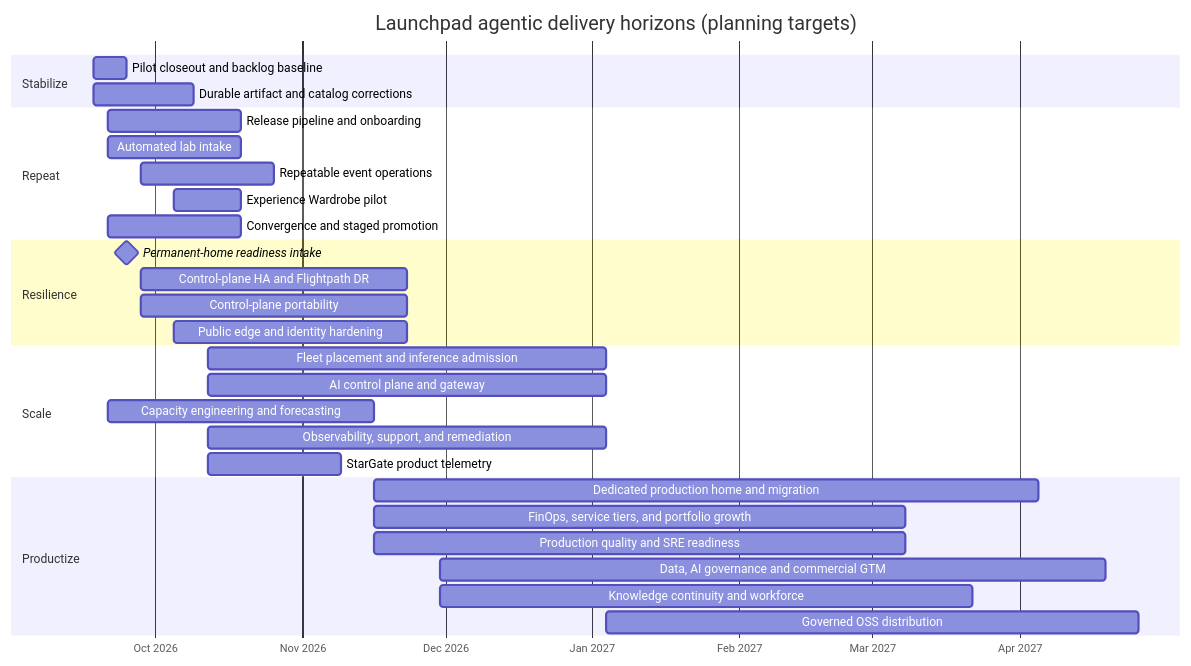
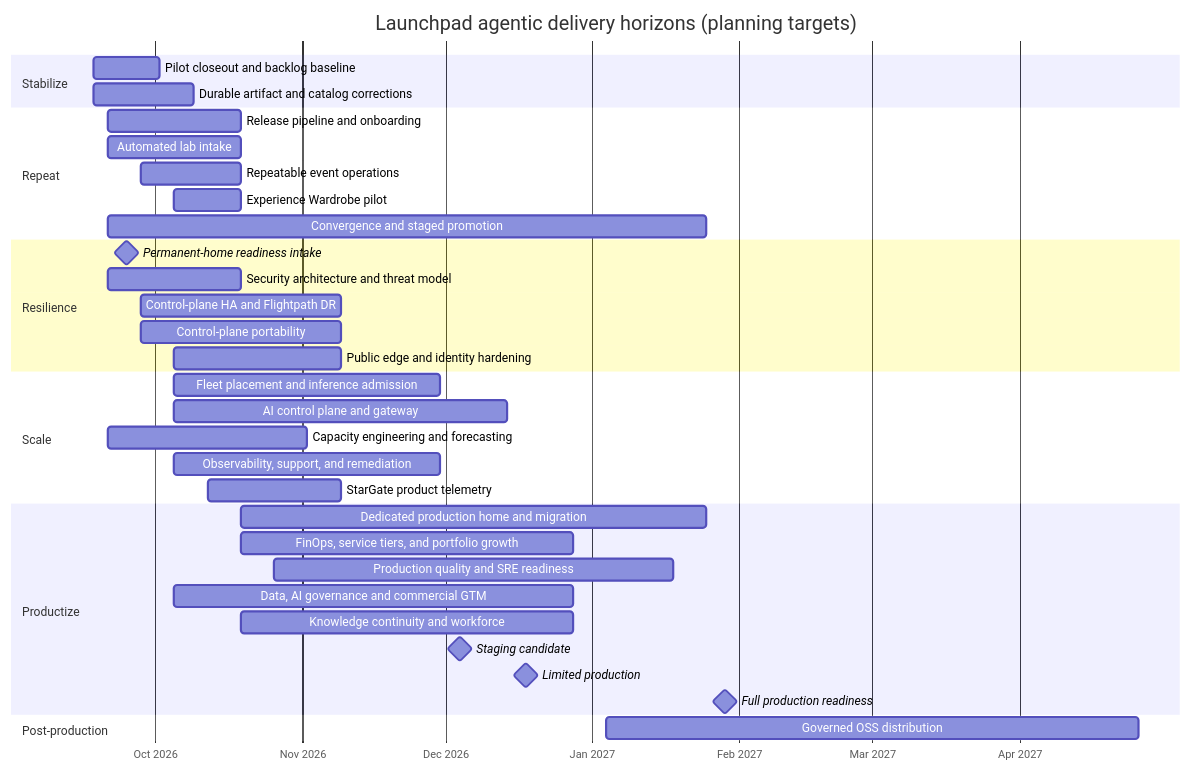
One commit to jkershawrh/launchpad changed the diagram in docs/product-delivery-roadmap.md. Above: the diagram before and after it, drawn with Mermaid. The commit also changed other lines of this file and 10 other files, not shown here.

Commit message:
Accelerate production roadmap and inventory YAML sources

````diff
--- a/docs/product-delivery-roadmap.md
+++ b/docs/product-delivery-roadmap.md
@@ -96,38 +99,44 @@
 ```mermaid
 gantt
     title Launchpad agentic delivery horizons (planning targets)
     dateFormat  YYYY-MM-DD
     axisFormat  %b %Y
 
     section Stabilize
-    Pilot closeout and backlog baseline       :h0, 2026-09-18, 1w
+    Pilot closeout and backlog baseline       :h0, 2026-09-18, 2w
     Durable artifact and catalog corrections  :h0a, 2026-09-18, 3w
 
     section Repeat
     Release pipeline and onboarding            :h1, 2026-09-21, 4w
     Automated lab intake                        :h1c, 2026-09-21, 4w
-    Repeatable event operations                :h1a, 2026-09-28, 4w
+    Repeatable event operations                :h1a, 2026-09-28, 3w
     Experience Wardrobe pilot                  :h1b, 2026-10-05, 2w
-    Convergence and staged promotion            :h1d, 2026-09-21, 4w
+    Convergence and staged promotion            :h1d, 2026-09-21, 18w
 
     section Resilience
     Permanent-home readiness intake             :milestone, home, 2026-09-25, 0d
-    Control-plane HA and Flightpath DR          :h2, 2026-09-28, 8w
-    Control-plane portability                   :h2b, 2026-09-28, 8w
-    Public edge and identity hardening          :h2a, 2026-10-05, 7w
+    Security architecture and threat model      :h2s, 2026-09-21, 4w
+    Control-plane HA and Flightpath DR          :h2, 2026-09-28, 6w
+    Control-plane portability                   :h2b, 2026-09-28, 6w
+    Public edge and identity hardening          :h2a, 2026-10-05, 5w
 
     section Scale
-    Fleet placement and inference admission     :h3, 2026-10-12, 12w
-    AI control plane and gateway                 :h3d, 2026-10-12, 12w
-    Capacity engineering and forecasting        :h3c, 2026-09-21, 8w
-    Observability, support, and remediation      :h3a, 2026-10-12, 12w
+    Fleet placement and inference admission     :h3, 2026-10-05, 8w
+    AI control plane and gateway                 :h3d, 2026-10-05, 10w
+    Capacity engineering and forecasting        :h3c, 2026-09-21, 6w
+    Observability, support, and remediation      :h3a, 2026-10-05, 8w
     StarGate product telemetry                  :h3b, 2026-10-12, 4w
 
     section Productize
-    Dedicated production home and migration     :h4, 2026-11-16, 20w
-    FinOps, service tiers, and portfolio growth  :h4a, 2026-11-16, 16w
-    Production quality and SRE readiness         :h4b, 2026-11-16, 16w
-    Data, AI governance and commercial GTM       :h4c, 2026-11-30, 20w
-    Knowledge continuity and workforce           :h4d, 2026-11-30, 16w
+    Dedicated production home and migration     :h4, 2026-10-19, 14w
+    FinOps, service tiers, and portfolio growth  :h4a, 2026-10-19, 10w
+    Production quality and SRE readiness         :h4b, 2026-10-26, 12w
+    Data, AI governance and commercial GTM       :h4c, 2026-10-05, 12w
+    Knowledge continuity and workforce           :h4d, 2026-10-19, 10w
+    Staging candidate                            :milestone, stage, 2026-12-04, 0d
+    Limited production                           :milestone, limited, 2026-12-18, 0d
+    Full production readiness                    :milestone, production, 2027-01-29, 0d
+
+    section Post-production
     Governed OSS distribution                    :h4e, 2027-01-04, 16w
 ```
````
